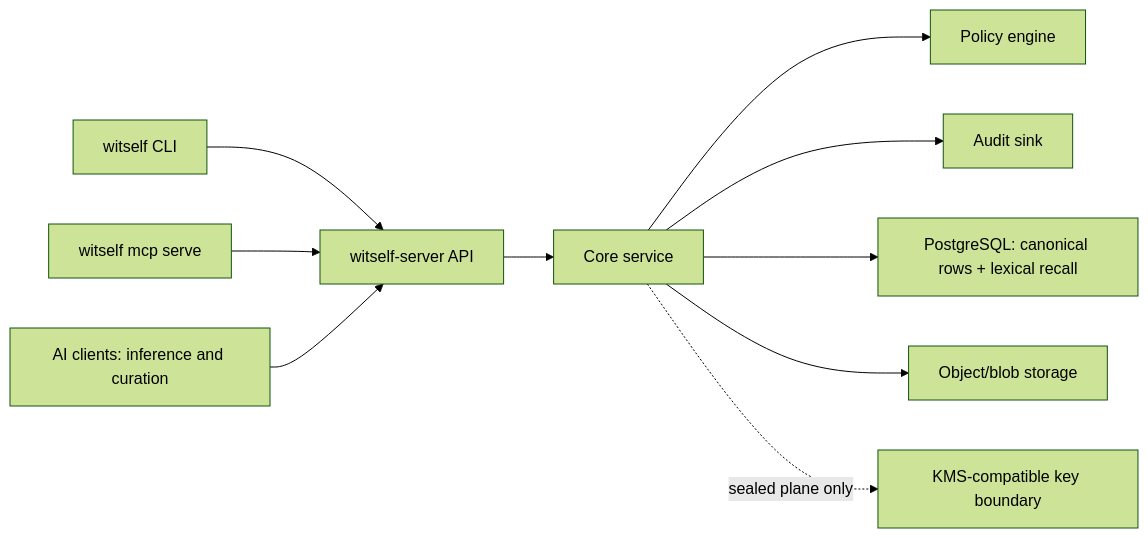
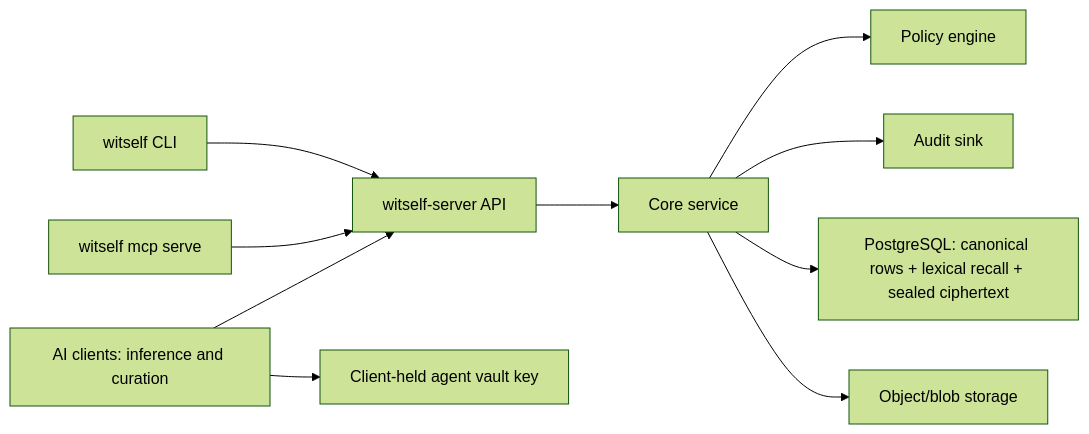
One commit to witwave-ai/witself changed the diagram in docs/self-hosting.md. Above: the diagram before and after it, drawn with Mermaid (forest theme). The commit also changed other lines of this file and 31 other files, not shown here.

````diff
--- a/docs/self-hosting.md
+++ b/docs/self-hosting.md
@@ -71,12 +74,12 @@
 ```mermaid
 flowchart LR
   CLI["witself CLI"] --> API["witself-server API"]
   MCP["witself mcp serve"] --> API
   API --> Core["Core service"]
   Core --> Policy["Policy engine"]
   Core --> Audit["Audit sink"]
   Client["AI clients: inference and curation"] --> API
-  Core --> Store["PostgreSQL: canonical rows + lexical recall"]
+  Core --> Store["PostgreSQL: canonical rows + lexical recall + sealed ciphertext"]
   Core --> Blob["Object/blob storage"]
-  Core -. "sealed plane only" .-> KMS["KMS-compatible key boundary"]
+  Client --> Vault["Client-held agent vault key"]
 ```
````
